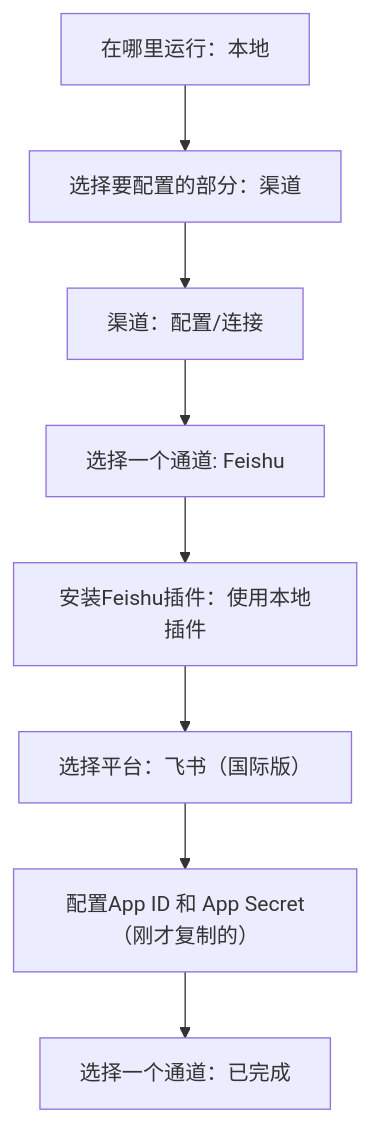
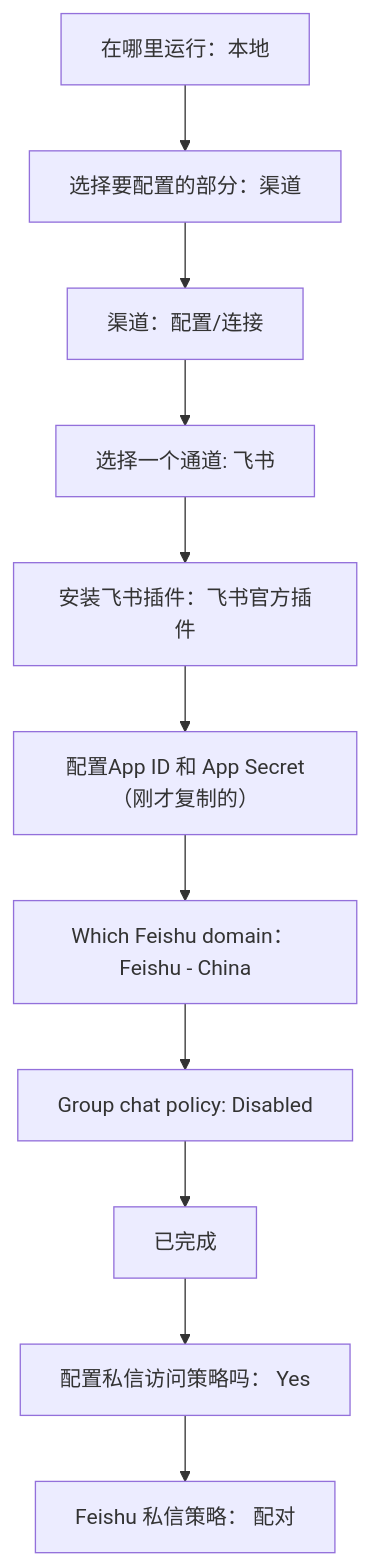
Before and after one commit to mingyan1024/blog-hugo: the third of 3 diagrams in content/posts/openclaw-install-guide/index.md, drawn with Mermaid.

Commit message:
调整文章openclaw 飞书配对那里

````diff
--- a/content/posts/openclaw-install-guide/index.md
+++ b/content/posts/openclaw-install-guide/index.md
@@ -143,6 +143,5 @@
 ```mermaid
 graph TD
     A[在哪里运行：本地] --> B[选择要配置的部分：渠道] --> C[渠道：配置/连接]
-    --> D[选择一个通道: Feishu] --> E[安装Feishu插件：使用本地插件] --> F[选择平台：飞书（国际版）]
-    --> G[配置App ID 和 App Secret（刚才复制的）] --> H[选择一个通道：已完成]
+    --> D[选择一个通道: 飞书] --> E[安装飞书插件：飞书官方插件] --> G[配置App ID 和 App Secret（刚才复制的）] --> H[Which Feishu domain： Feishu - China] --> I[Group chat policy: Disabled] --> J[已完成] --> K[配置私信访问策略吗： Yes] --> L[Feishu 私信策略： 配对]
 ```
````
